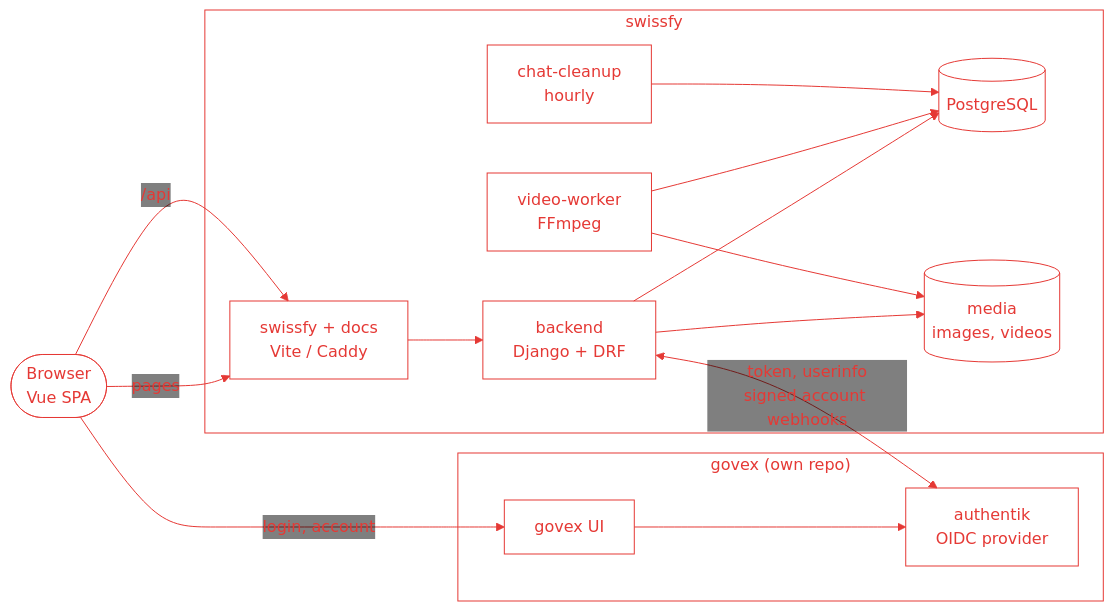
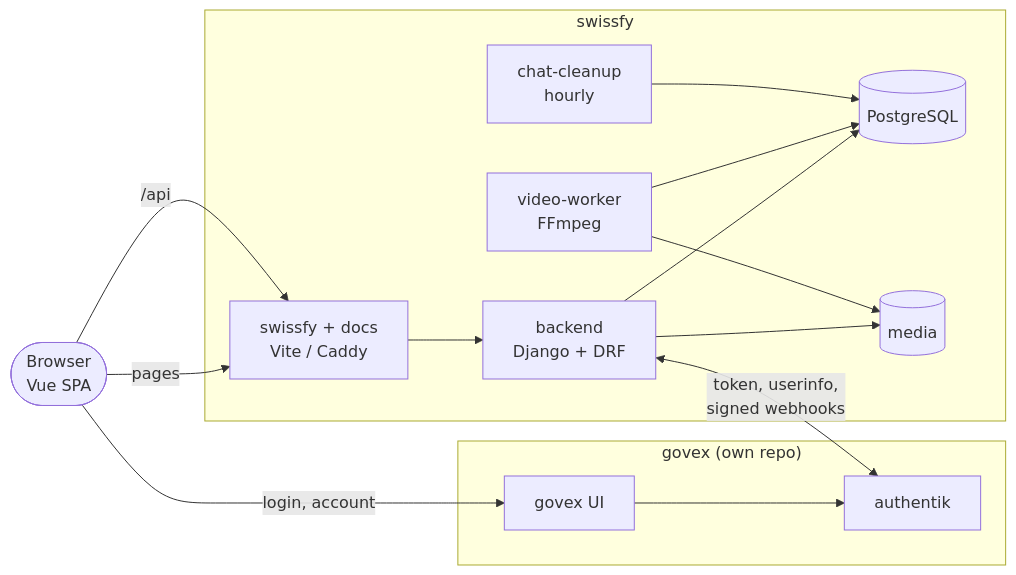
Before and after one commit to buechijonas/swissfy: the first of 3 diagrams in README.md, drawn with Mermaid. The commit also changed other lines of this file, not shown here.

````diff
--- a/README.md
+++ b/README.md
@@ -83,30 +30,27 @@
 ```mermaid
-%%{init: {'theme': 'base', 'themeCSS': '.labelBkg, .edgeLabel, .edgeLabel p, .edgeLabel rect { background-color: transparent !important; fill: transparent !important; }', 'themeVariables': {'darkMode': false, 'background': 'transparent', 'primaryColor': 'transparent', 'secondaryColor': 'transparent', 'tertiaryColor': 'transparent', 'mainBkg': 'transparent', 'clusterBkg': 'transparent', 'actorBkg': 'transparent', 'noteBkgColor': 'transparent', 'labelBoxBkgColor': 'transparent', 'edgeLabelBackground': 'transparent', 'relationLabelBackground': 'transparent', 'attributeBackgroundColorOdd': 'transparent', 'attributeBackgroundColorEven': 'transparent', 'primaryBorderColor': '#e53935', 'secondaryBorderColor': '#e53935', 'tertiaryBorderColor': '#e53935', 'nodeBorder': '#e53935', 'clusterBorder': '#e53935', 'lineColor': '#e53935', 'signalColor': '#e53935', 'actorBorder': '#e53935', 'actorLineColor': '#e53935', 'labelBoxBorderColor': '#e53935', 'noteBorderColor': '#e53935', 'activationBorderColor': '#e53935', 'transitionColor': '#e53935', 'stateBorder': '#e53935', 'relationColor': '#e53935', 'textColor': '#e53935', 'primaryTextColor': '#e53935', 'secondaryTextColor': '#e53935', 'tertiaryTextColor': '#e53935', 'nodeTextColor': '#e53935', 'titleColor': '#e53935', 'signalTextColor': '#e53935', 'loopTextColor': '#e53935', 'labelTextColor': '#e53935', 'noteTextColor': '#e53935', 'actorTextColor': '#e53935', 'relationLabelColor': '#e53935', 'stateLabelColor': '#e53935', 'transitionLabelColor': '#e53935', 'sequenceNumberColor': '#ffffff'}}}%%
 flowchart LR
-    linkStyle default stroke:#e53935
     browser(["Browser<br/>Vue SPA"])
 
     subgraph swissfy["swissfy"]
         frontend["swissfy + docs<br/>Vite / Caddy"]
         backend["backend<br/>Django + DRF"]
         video["video-worker<br/>FFmpeg"]
         cleanup["chat-cleanup<br/>hourly"]
         db[("PostgreSQL")]
-        media[("media<br/>images, videos")]
+        media[("media")]
     end
 
     subgraph govex["govex (own repo)"]
         govexui["govex UI"]
-        authentik["authentik<br/>OIDC provider"]
+        authentik["authentik"]
     end
 
     browser -- "pages" --> frontend
     browser -- "/api" --> frontend --> backend
     browser -- "login, account" --> govexui --> authentik
-    backend <-- "token, userinfo<br/>signed account webhooks" --> authentik
+    backend <-- "token, userinfo,<br/>signed webhooks" --> authentik
     backend --> db
     backend --> media
-    video --> db
-    video --> media
+    video --> db & media
     cleanup --> db
 ```
````
